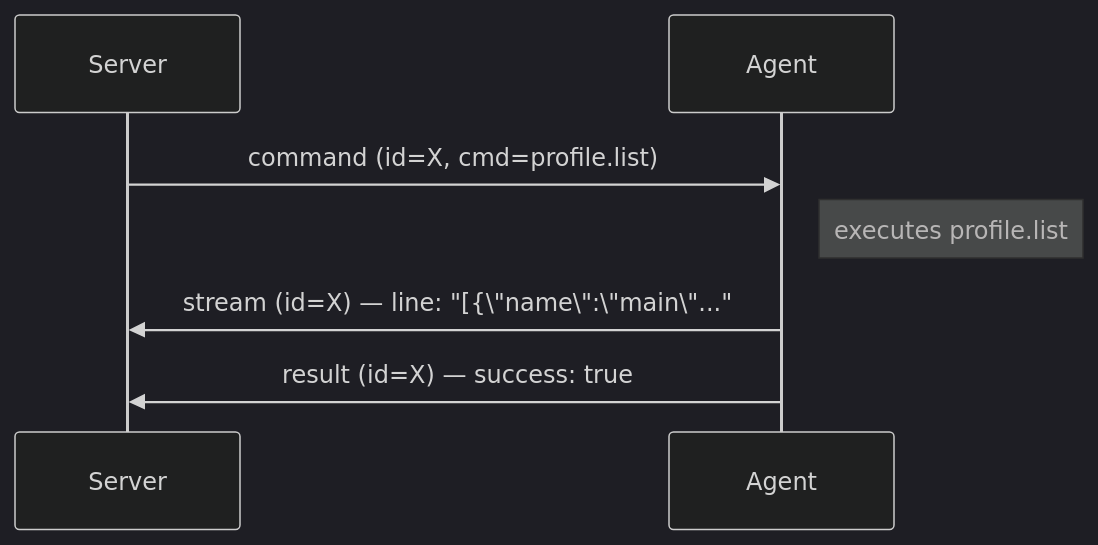
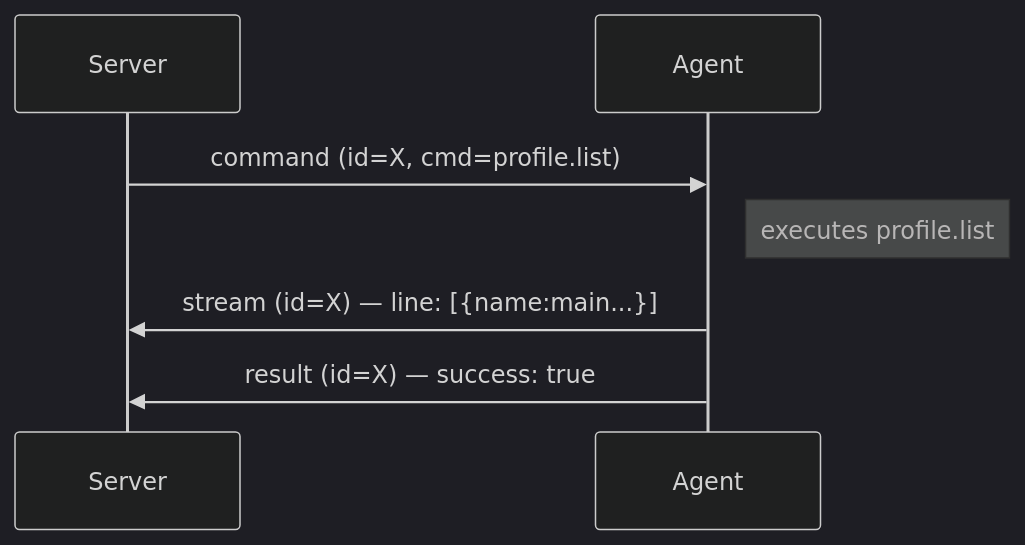
Before and after one commit to smitt14ua/zeus: the third of 6 diagrams in docs/agent-protocol.md, drawn with Mermaid (dark theme). The commit also changed other lines of this file, not shown here.

First line of the commit message:
docs: fix invalid chars in Mermaid diagrams

````diff
--- a/docs/agent-protocol.md
+++ b/docs/agent-protocol.md
@@ -514,10 +514,10 @@
 ```mermaid
 sequenceDiagram
     participant S as Server
     participant A as Agent
 
     S->>A: command (id=X, cmd=profile.list)
     Note right of A: executes profile.list
-    A->>S: stream (id=X) — line: "[{\"name\":\"main\"..."
+    A->>S: stream (id=X) — line: [{name:main...}]
     A->>S: result (id=X) — success: true
 ```
````
